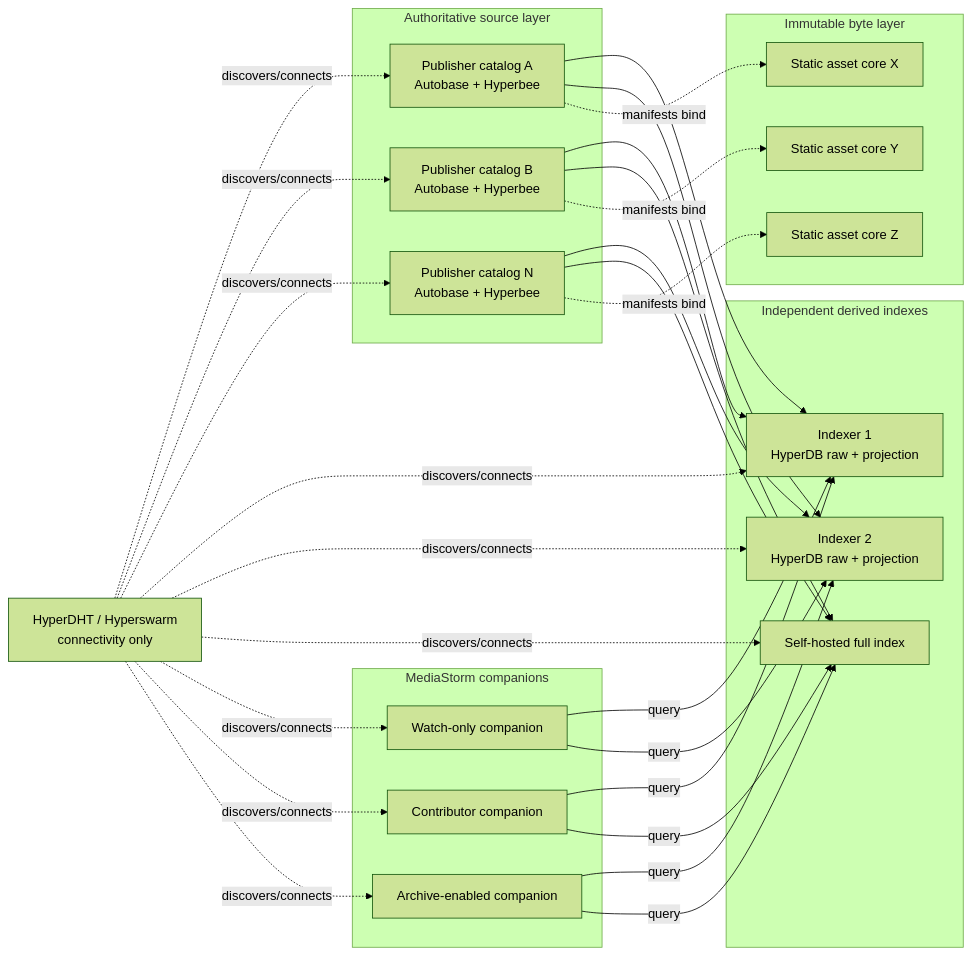
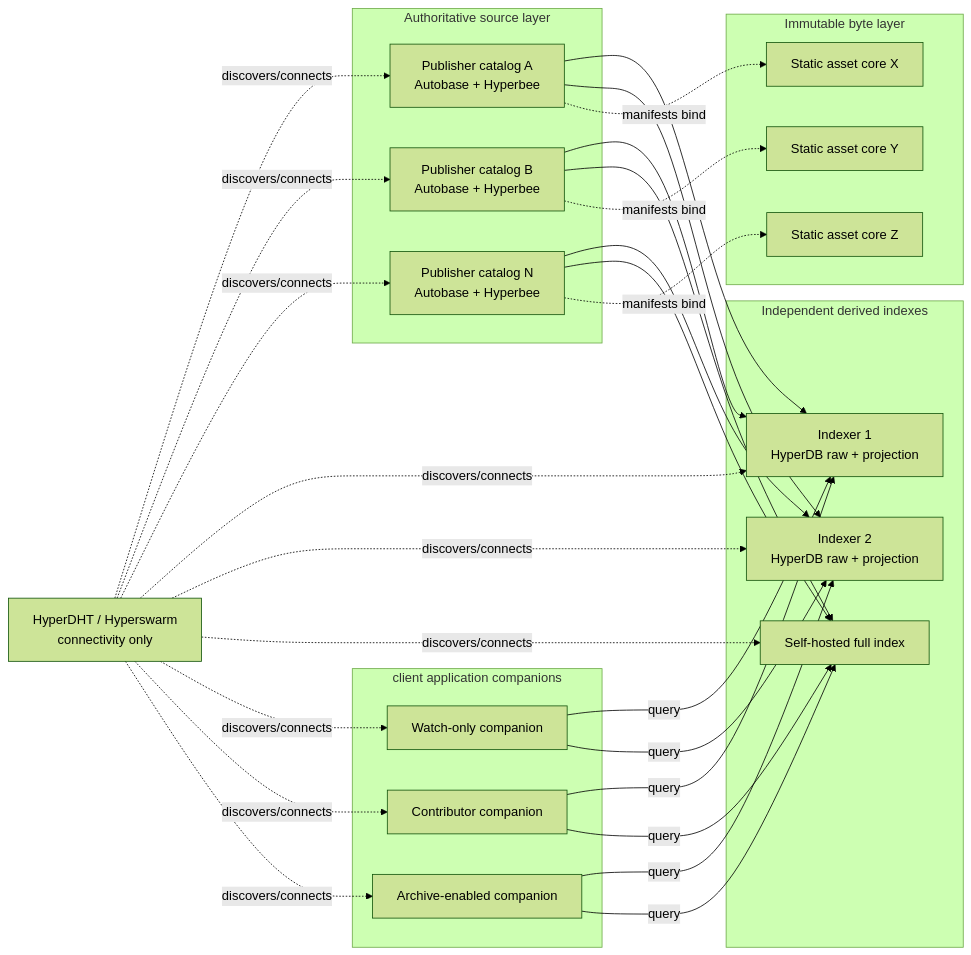
Before and after one commit to ayooooo123/peartube: the first of 6 diagrams in docs/superpowers/specs/2026-08-09-distributed-archive-search-scale-design.md, drawn with Mermaid (forest theme). The commit also changed other lines of this file and 56 other files, not shown here.

````diff
--- a/docs/superpowers/specs/2026-08-09-distributed-archive-search-scale-design.md
+++ b/docs/superpowers/specs/2026-08-09-distributed-archive-search-scale-design.md
@@ -60,56 +60,56 @@
 ```mermaid
 flowchart LR
   subgraph Sources[Authoritative source layer]
     P1[Publisher catalog A\nAutobase + Hyperbee]
     P2[Publisher catalog B\nAutobase + Hyperbee]
     PN[Publisher catalog N\nAutobase + Hyperbee]
   end
 
   subgraph Assets[Immutable byte layer]
     A1[Static asset core X]
     A2[Static asset core Y]
     A3[Static asset core Z]
   end
 
   subgraph Indexes[Independent derived indexes]
     I1[Indexer 1\nHyperDB raw + projection]
     I2[Indexer 2\nHyperDB raw + projection]
     I3[Self-hosted full index]
   end
 
-  subgraph Clients[MediaStorm companions]
+  subgraph Clients[client application companions]
     C1[Watch-only companion]
     C2[Contributor companion]
     C3[Archive-enabled companion]
   end
 
   DHT[HyperDHT / Hyperswarm\nconnectivity only]
 
   P1 --> I1
   P1 --> I2
   P2 --> I1
   P2 --> I3
   PN --> I2
   PN --> I3
 
   P1 -. manifests bind .-> A1
   P2 -. manifests bind .-> A2
   PN -. manifests bind .-> A3
 
   C1 -->|query| I1
   C1 -->|query| I2
   C2 -->|query| I1
   C2 -->|query| I3
   C3 -->|query| I2
   C3 -->|query| I3
 
   DHT -. discovers/connects .-> P1
   DHT -. discovers/connects .-> P2
   DHT -. discovers/connects .-> PN
   DHT -. discovers/connects .-> I1
   DHT -. discovers/connects .-> I2
   DHT -. discovers/connects .-> I3
   DHT -. discovers/connects .-> C1
   DHT -. discovers/connects .-> C2
   DHT -. discovers/connects .-> C3
 ```
````
